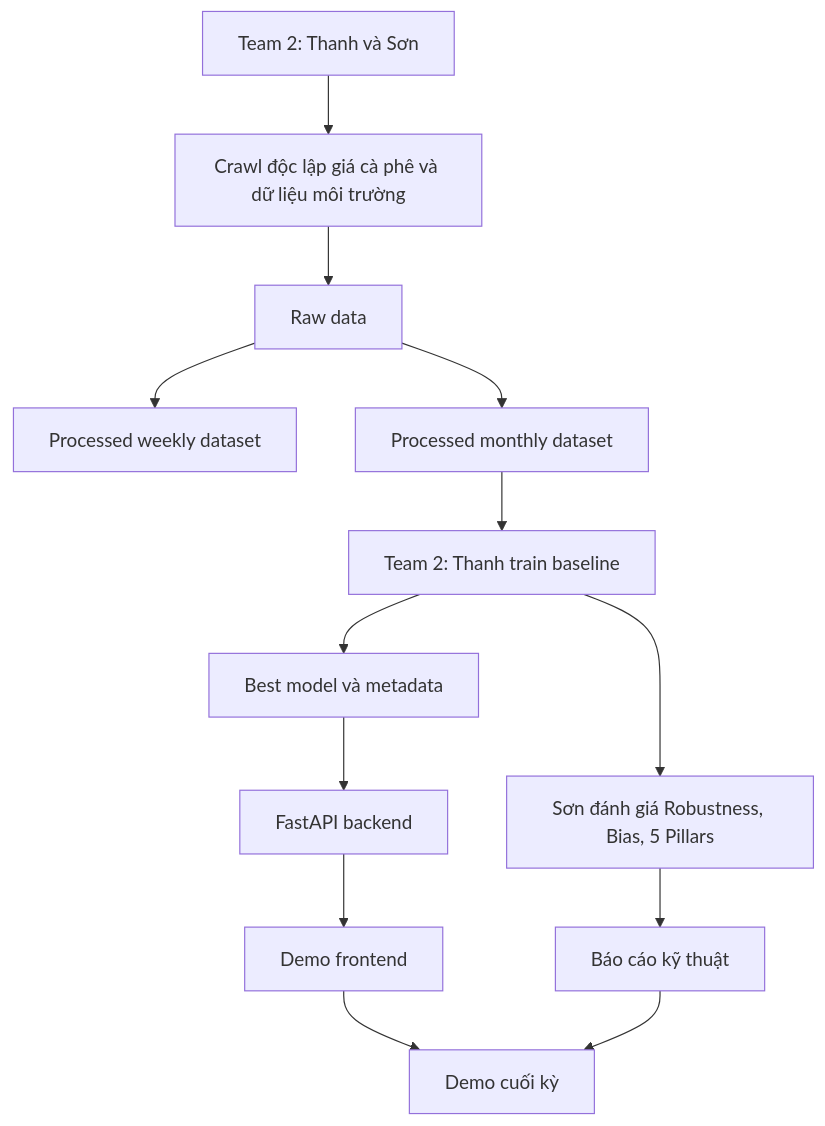
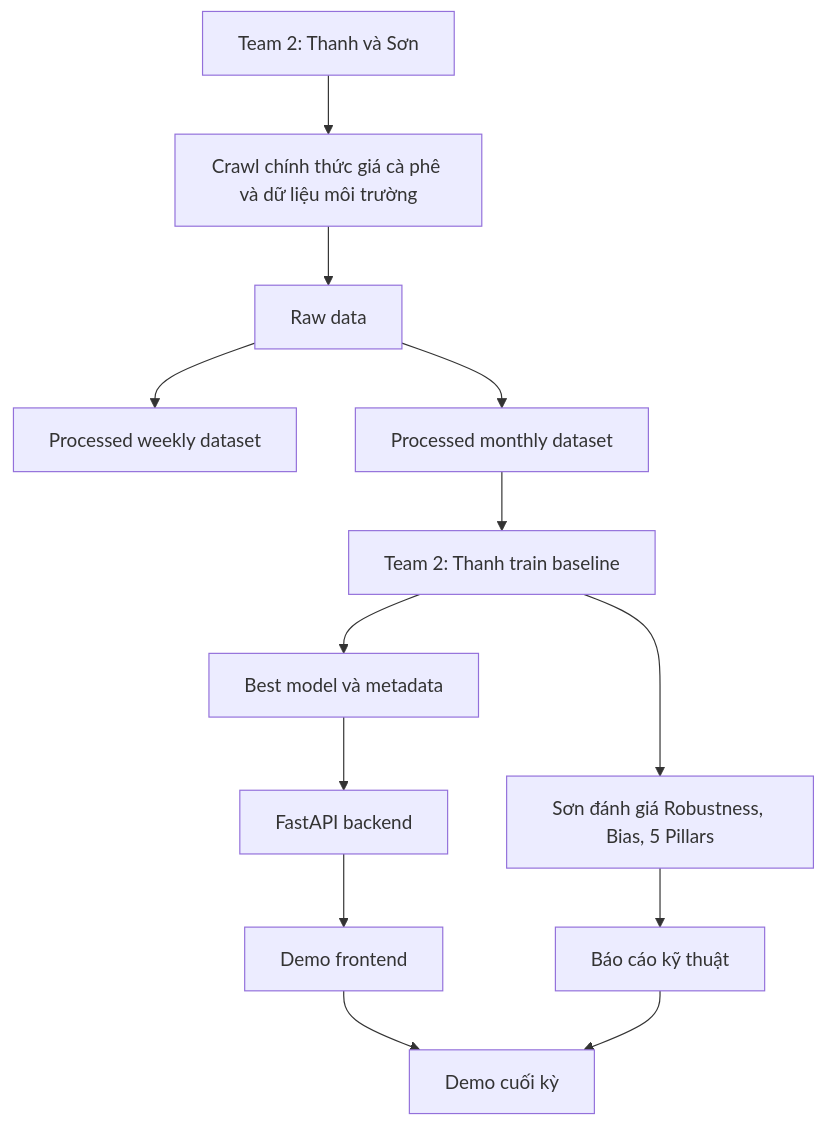
The first of 8 diagrams in docs/project-roadmap.md (uit-25730067-chithanh/AI002-Team22-DT10), drawn with Mermaid before and after one commit. The commit also changed other lines of this file and 129 other files, not shown here.

````diff
--- a/docs/project-roadmap.md
+++ b/docs/project-roadmap.md
@@ -9,15 +9,15 @@
 ```mermaid
 flowchart TD
-    A[Team 2: Thanh và Sơn] --> B[Crawl độc lập giá cà phê và dữ liệu môi trường]
+    A[Team 2: Thanh và Sơn] --> B[Crawl chính thức giá cà phê và dữ liệu môi trường]
     B --> C[Raw data]
     C --> D[Processed weekly dataset]
     C --> E[Processed monthly dataset]
     E --> F[Team 2: Thanh train baseline]
     F --> G[Best model và metadata]
     G --> H[FastAPI backend]
     H --> I[Demo frontend]
     F --> J[Sơn đánh giá Robustness, Bias, 5 Pillars]
     J --> K[Báo cáo kỹ thuật]
     I --> L[Demo cuối kỳ]
     K --> L
 ```
````
